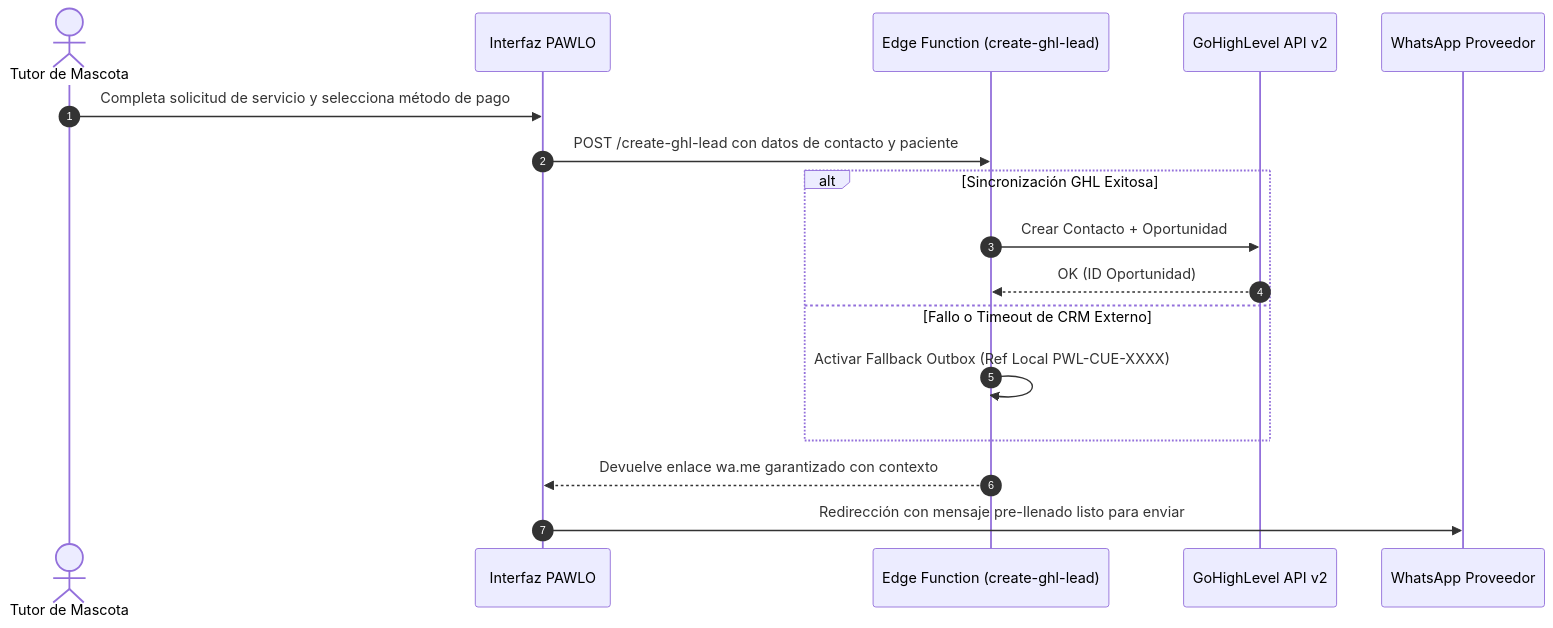
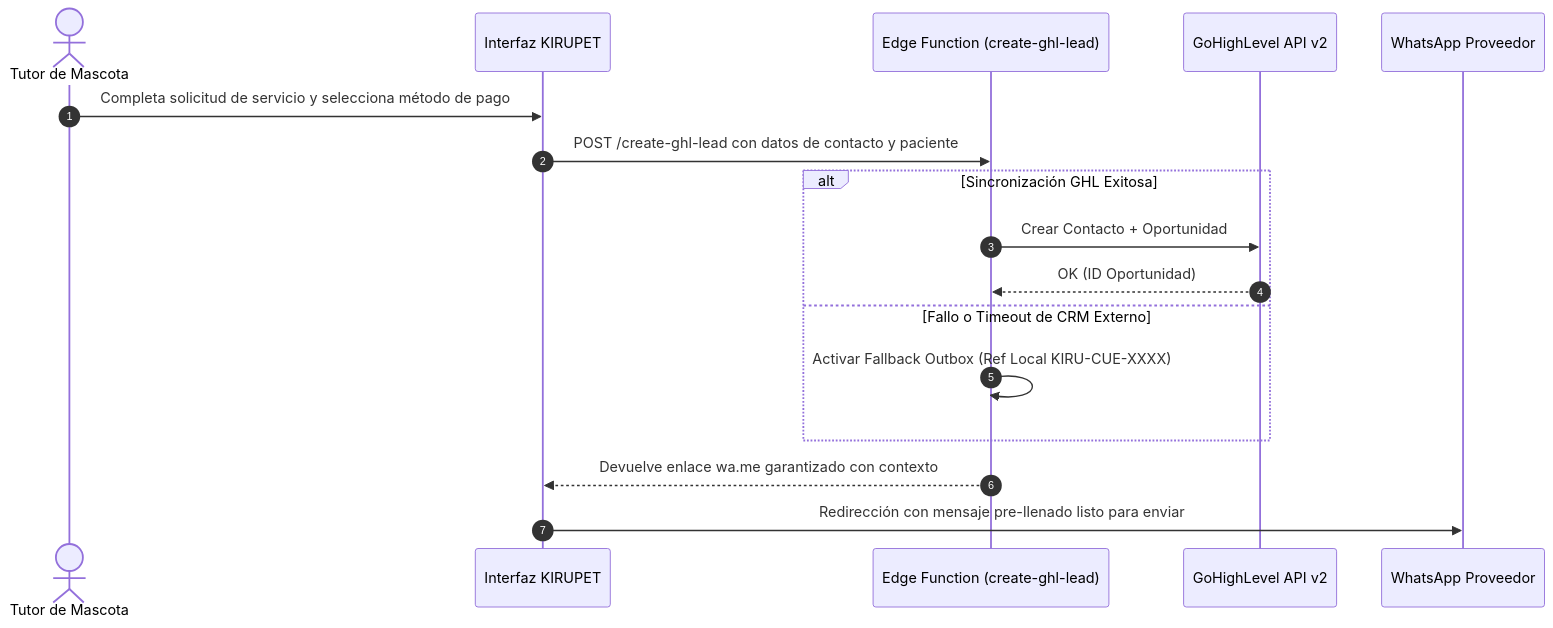
The second of 2 diagrams in docs/architecture/SYSTEM_DESIGN.md (nicolasnorton/pawlo-app), drawn with Mermaid before and after one commit. The commit also changed other lines of this file and 15 other files, not shown here.

Commit message:
feat(rebrand): rebrand platform to KIRUPET (com.kirupet.app) and Kiru IA across logo, UI, manifest, Capacitor, and docs

````diff
--- a/docs/architecture/SYSTEM_DESIGN.md
+++ b/docs/architecture/SYSTEM_DESIGN.md
@@ -33,22 +33,22 @@
 ```mermaid
 sequenceDiagram
     autonumber
     actor User as Tutor de Mascota
-    participant UI as Interfaz PAWLO
+    participant UI as Interfaz KIRUPET
     participant Edge as Edge Function (create-ghl-lead)
     participant CRM as GoHighLevel API v2
     participant WA as WhatsApp Proveedor
 
     User->>UI: Completa solicitud de servicio y selecciona método de pago
     UI->>Edge: POST /create-ghl-lead con datos de contacto y paciente
     
     alt Sincronización GHL Exitosa
         Edge->>CRM: Crear Contacto + Oportunidad
         CRM-->>Edge: OK (ID Oportunidad)
     else Fallo o Timeout de CRM Externo
-        Edge->>Edge: Activar Fallback Outbox (Ref Local PWL-CUE-XXXX)
+        Edge->>Edge: Activar Fallback Outbox (Ref Local KIRU-CUE-XXXX)
     end
 
     Edge-->>UI: Devuelve enlace wa.me garantizado con contexto
     UI->>WA: Redirección con mensaje pre-llenado listo para enviar
 ```
````
